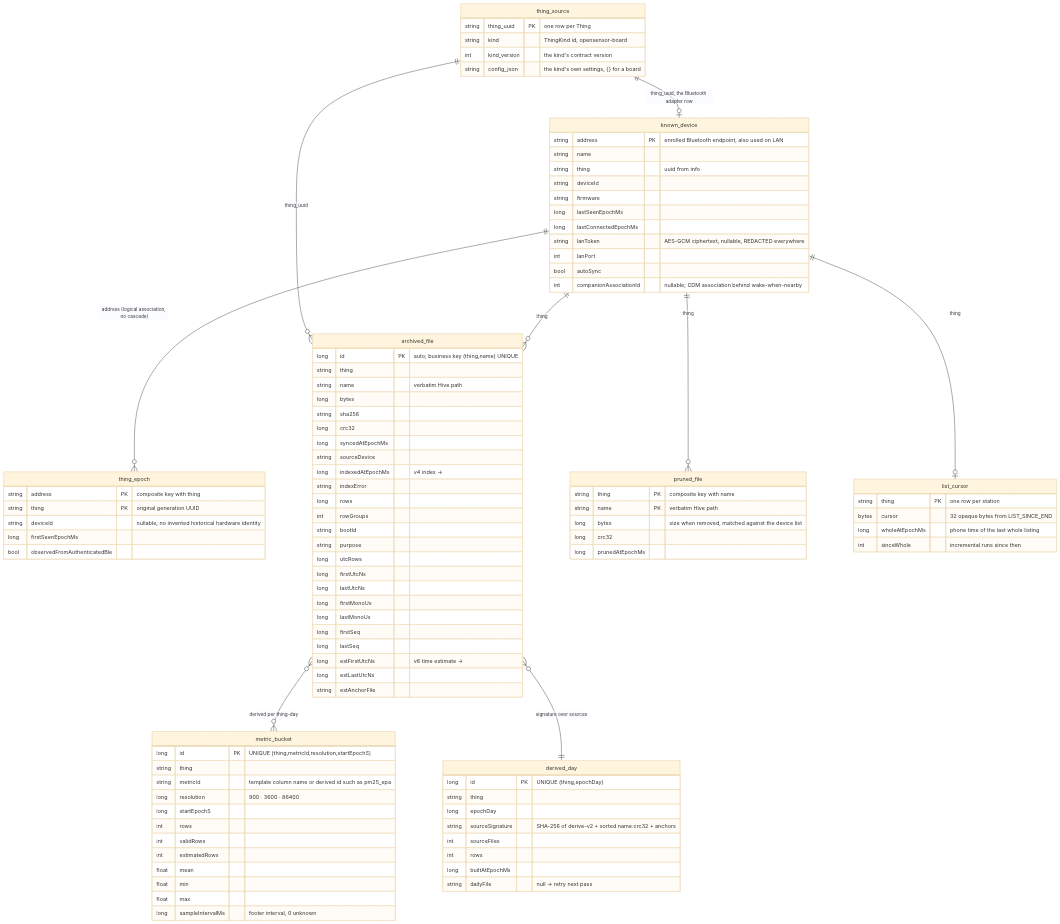
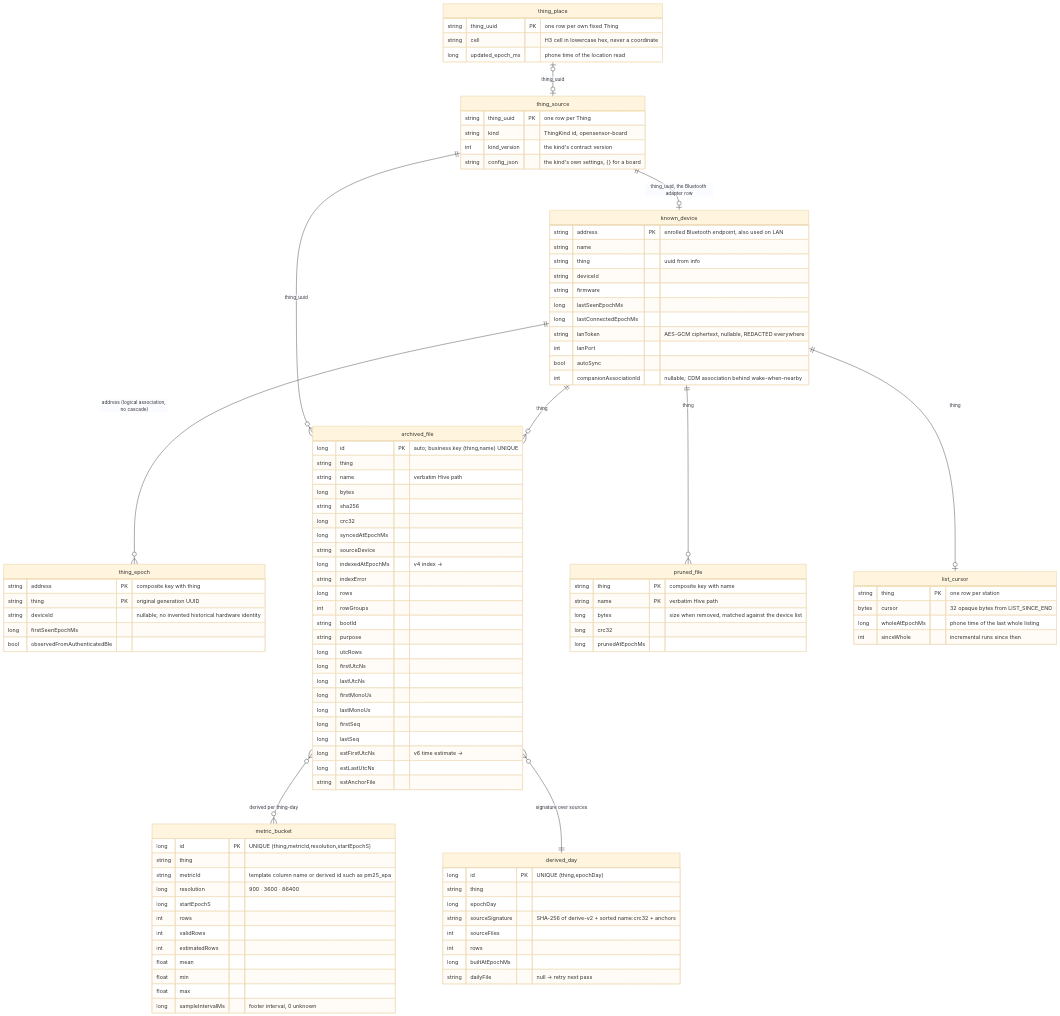
One commit to walkthru-earth/opensensor-space-mobile changed the first of 2 diagrams in docs/data-model.md. Above: the diagram before and after it, drawn with Mermaid (base theme). The commit also changed other lines of this file and 48 other files, not shown here.

````diff
--- a/docs/data-model.md
+++ b/docs/data-model.md
@@ -118,6 +118,11 @@
     int kind_version "the kind's contract version"
     string config_json "the kind's own settings, {} for a board"
   }
+  thing_place {
+    string thing_uuid PK "one row per own fixed Thing"
+    string cell "H3 cell in lowercase hex, never a coordinate"
+    long updated_epoch_ms "phone time of the location read"
+  }
   known_device ||--o{ archived_file : "thing"
   known_device ||--o{ thing_epoch : "address (logical association, no cascade)"
   archived_file }o--o{ metric_bucket : "derived per thing-day"
@@ -126,4 +131,5 @@
   known_device ||--o| list_cursor : "thing"
   thing_source ||--o| known_device : "thing_uuid, the Bluetooth adapter row"
   thing_source ||--o{ archived_file : "thing_uuid"
+  thing_place |o--o| thing_source : "thing_uuid"
 ```
````
